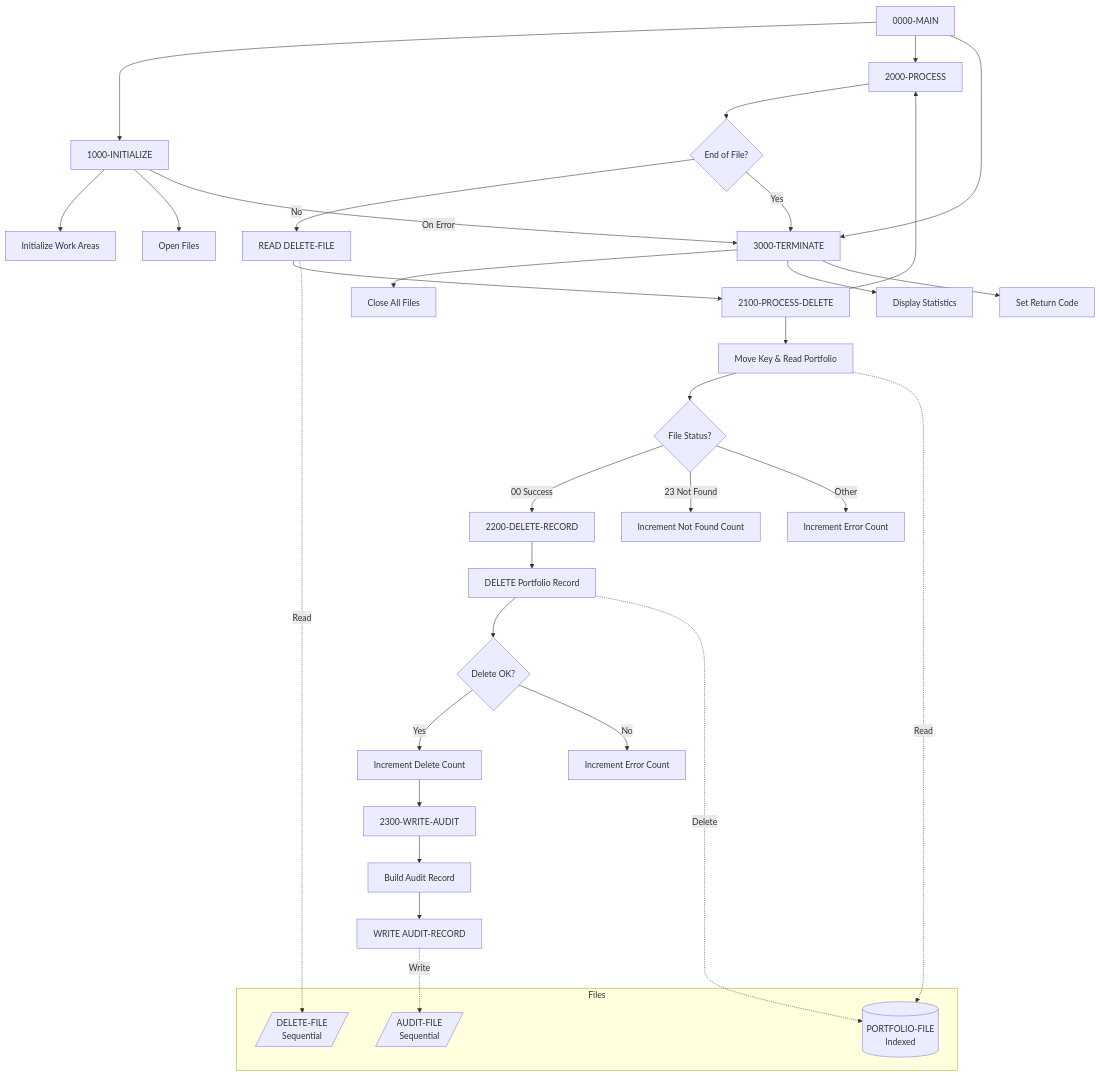
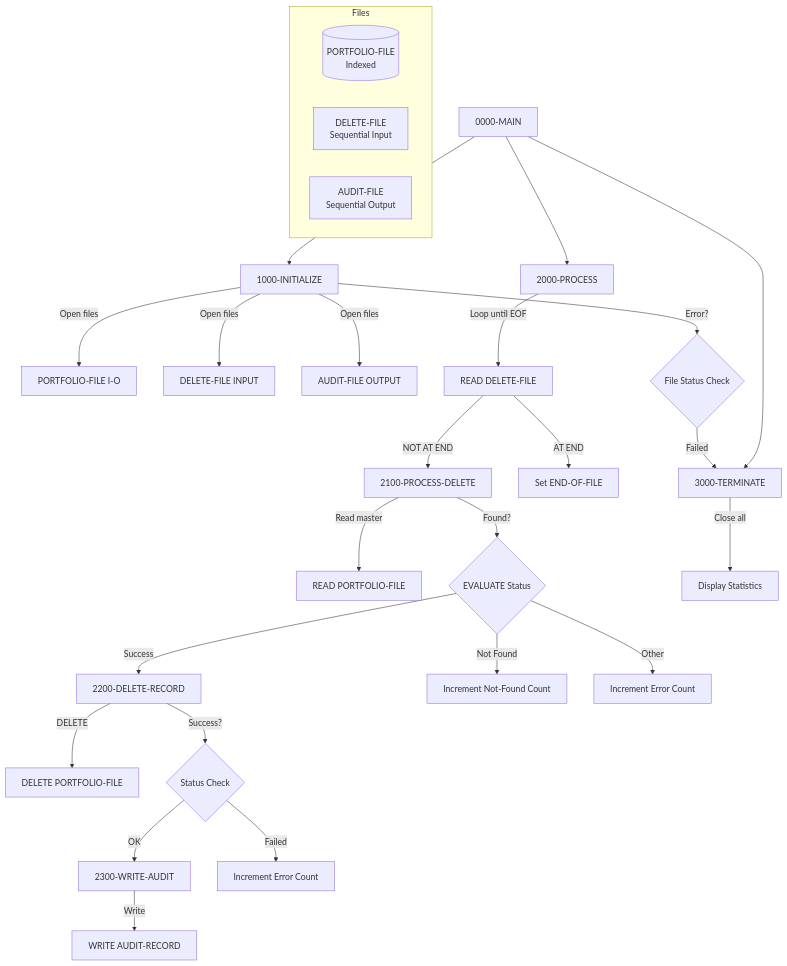
The diagram in docs/programs/PORTDEL.mdx (haladir-com/legacy-benchmark-docs-vb70e1), drawn with Mermaid before and after one commit. The commit also changed other lines of this file and 63 other files, not shown here.

````diff
--- a/docs/programs/PORTDEL.mdx
+++ b/docs/programs/PORTDEL.mdx
@@ -20,46 +19,37 @@
 ```mermaid
 graph TD
     A[0000-MAIN] --> B[1000-INITIALIZE]
     A --> C[2000-PROCESS]
     A --> D[3000-TERMINATE]
     
-    B --> E[Initialize Work Areas]
-    B --> F[Open Files]
-    B -->|On Error| D
+    B -->|Open files| E[PORTFOLIO-FILE I-O]
+    B -->|Open files| F[DELETE-FILE INPUT]
+    B -->|Open files| G[AUDIT-FILE OUTPUT]
+    B -->|Error?| H{File Status Check}
+    H -->|Failed| D
     
-    C --> G{End of File?}
-    G -->|No| H[READ DELETE-FILE]
-    H --> I[2100-PROCESS-DELETE]
-    I --> C
-    G -->|Yes| D
+    C -->|Loop until EOF| I[READ DELETE-FILE]
+    I -->|AT END| J[Set END-OF-FILE]
+    I -->|NOT AT END| K[2100-PROCESS-DELETE]
     
-    I --> J[Move Key & Read Portfolio]
-    J --> K{File Status?}
-    K -->|00 Success| L[2200-DELETE-RECORD]
-    K -->|23 Not Found| M[Increment Not Found Count]
-    K -->|Other| N[Increment Error Count]
+    K -->|Read master| L[READ PORTFOLIO-FILE]
+    K -->|Found?| M{EVALUATE Status}
+    M -->|Success| N[2200-DELETE-RECORD]
+    M -->|Not Found| O[Increment Not-Found Count]
+    M -->|Other| P[Increment Error Count]
     
-    L --> O[DELETE Portfolio Record]
-    O --> P{Delete OK?}
-    P -->|Yes| Q[Increment Delete Count]
-    Q --> R[2300-WRITE-AUDIT]
-    P -->|No| S[Increment Error Count]
+    N -->|DELETE| Q[DELETE PORTFOLIO-FILE]
+    N -->|Success?| R{Status Check}
+    R -->|OK| S[2300-WRITE-AUDIT]
+    R -->|Failed| T[Increment Error Count]
     
-    R --> T[Build Audit Record]
-    T --> U[WRITE AUDIT-RECORD]
+    S -->|Write| U[WRITE AUDIT-RECORD]
     
-    D --> V[Close All Files]
-    D --> W[Display Statistics]
-    D --> X[Set Return Code]
+    D -->|Close all| V[Display Statistics]
     
     subgraph "Files"
-        Y[(PORTFOLIO-FILE<br/>Indexed)]
-        Z[/DELETE-FILE<br/>Sequential/]
-        AA[/AUDIT-FILE<br/>Sequential/]
+        W[(PORTFOLIO-FILE<br/>Indexed)]
+        X[DELETE-FILE<br/>Sequential Input]
+        Y[AUDIT-FILE<br/>Sequential Output]
     end
-    
-    H -.->|Read| Z
-    J -.->|Read| Y
-    O -.->|Delete| Y
-    U -.->|Write| AA
 ```
````
